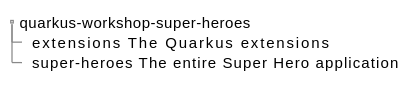
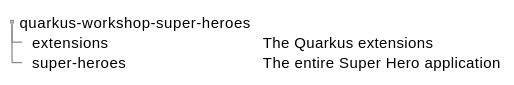
Before and after one commit to quarkusio/quarkus-workshops: the first of 4 diagrams in quarkus-workshop-super-heroes/docs/src/main/asciidoc/introduction-preparing.adoc, drawn with PlantUML. The commit also changed other lines of this file, not shown here.

```diff
--- a/quarkus-workshop-super-heroes/docs/src/main/asciidoc/introduction-preparing.adoc
+++ b/quarkus-workshop-super-heroes/docs/src/main/asciidoc/introduction-preparing.adoc
@@ -13,13 +13,13 @@
 [plantuml]
 ----
 @startsalt
 {
 {
 T
 quarkus-workshop-super-heroes
-+ extensions             The Quarkus extensions
-+ super-heroes         The entire Super Hero application
++ extensions           | The Quarkus extensions
++ super-heroes         | The entire Super Hero application
 }
 }
 @endsalt
 ----
```
